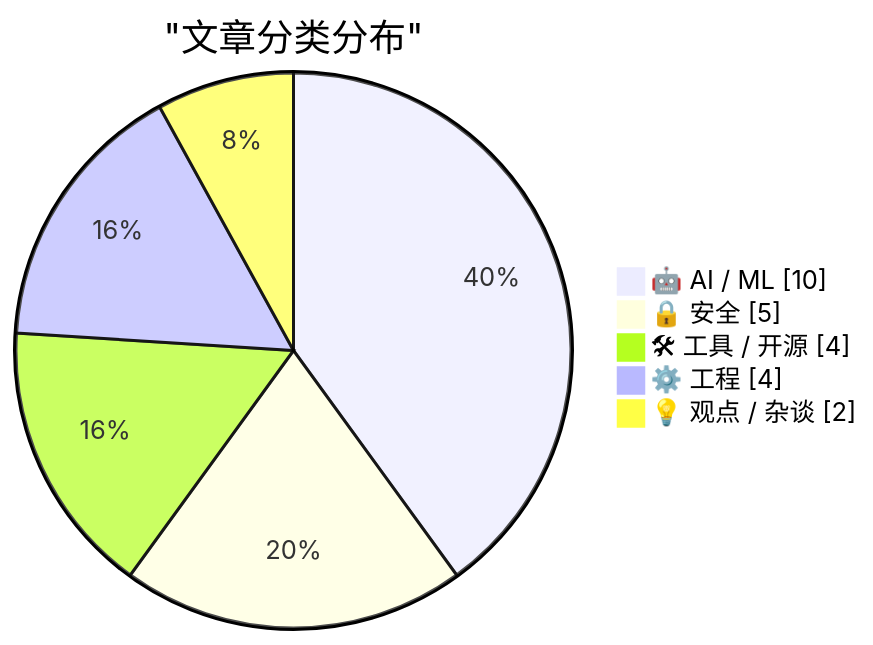
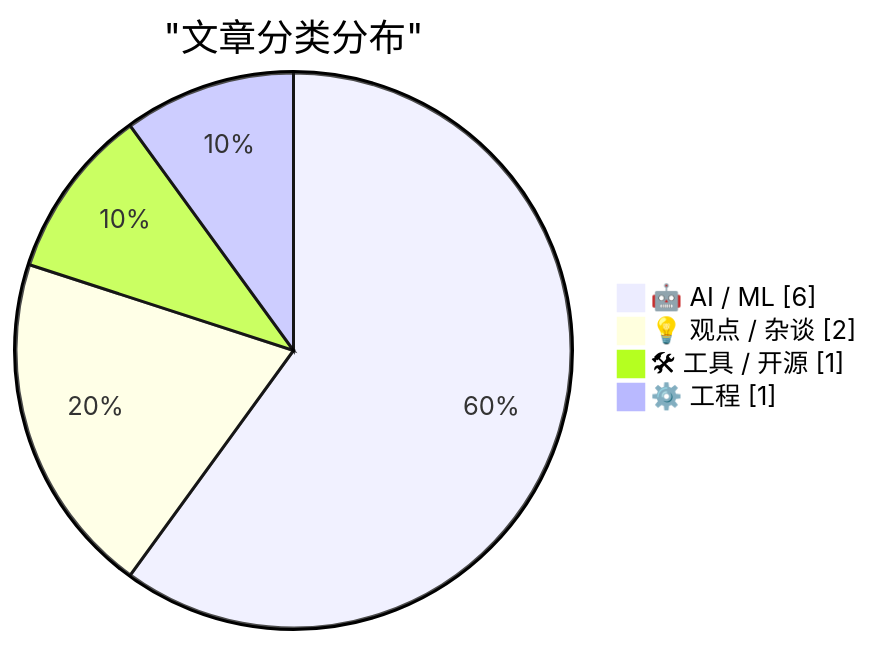
The first of 2 diagrams in content/blog/daily-digest-2026-03-02.zh.md (vacat/vacat.github.io), drawn with Mermaid before and after one commit. The commit also changed other lines of this file, not shown here.

````diff
--- a/content/blog/daily-digest-2026-03-02.zh.md
+++ b/content/blog/daily-digest-2026-03-02.zh.md
@@ -62,9 +61,8 @@
 ```mermaid
 pie showData
     title "文章分类分布"
-    "🤖 AI / ML" : 10
-    "🔒 安全" : 5
-    "🛠 工具 / 开源" : 4
-    "⚙️ 工程" : 4
+    "🤖 AI / ML" : 6
     "💡 观点 / 杂谈" : 2
+    "🛠 工具 / 开源" : 1
+    "⚙️ 工程" : 1
 ```
````
